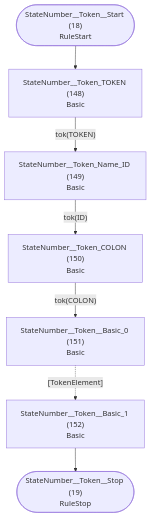
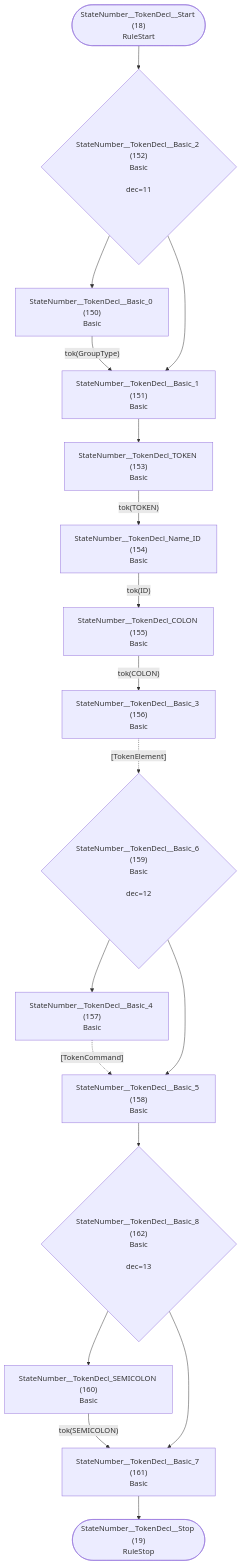
Before and after one commit to TypeFox/fastbelt: the tenth of 33 diagrams in internal/grammar/atn.md, drawn with Mermaid. The commit also changed other lines of this file and 6 other files, not shown here.

````diff
--- a/internal/grammar/atn.md
+++ b/internal/grammar/atn.md
@@ -281,17 +281,36 @@
 ```mermaid
 flowchart TD
-    q18(["StateNumber__Token__Start (18)<br/>RuleStart"])
-    q19(["StateNumber__Token__Stop (19)<br/>RuleStop"])
-    q148["StateNumber__Token_TOKEN (148)<br/>Basic<br/>"]
-    q149["StateNumber__Token_Name_ID (149)<br/>Basic<br/>"]
-    q150["StateNumber__Token_COLON (150)<br/>Basic<br/>"]
-    q151["StateNumber__Token__Basic_0 (151)<br/>Basic<br/>"]
-    q152["StateNumber__Token__Basic_1 (152)<br/>Basic<br/>"]
+    q18(["StateNumber__TokenDecl__Start (18)<br/>RuleStart"])
+    q19(["StateNumber__TokenDecl__Stop (19)<br/>RuleStop"])
+    q150["StateNumber__TokenDecl__Basic_0 (150)<br/>Basic<br/>"]
+    q151["StateNumber__TokenDecl__Basic_1 (151)<br/>Basic<br/>"]
+    q152{"StateNumber__TokenDecl__Basic_2 (152)<br/>Basic<br/><br/>dec=11"}
+    q153["StateNumber__TokenDecl_TOKEN (153)<br/>Basic<br/>"]
+    q154["StateNumber__TokenDecl_Name_ID (154)<br/>Basic<br/>"]
+    q155["StateNumber__TokenDecl_COLON (155)<br/>Basic<br/>"]
+    q156["StateNumber__TokenDecl__Basic_3 (156)<br/>Basic<br/>"]
+    q157["StateNumber__TokenDecl__Basic_4 (157)<br/>Basic<br/>"]
+    q158["StateNumber__TokenDecl__Basic_5 (158)<br/>Basic<br/>"]
+    q159{"StateNumber__TokenDecl__Basic_6 (159)<br/>Basic<br/><br/>dec=12"}
+    q160["StateNumber__TokenDecl_SEMICOLON (160)<br/>Basic<br/>"]
+    q161["StateNumber__TokenDecl__Basic_7 (161)<br/>Basic<br/>"]
+    q162{"StateNumber__TokenDecl__Basic_8 (162)<br/>Basic<br/><br/>dec=13"}
 
-    q18 --> q148
-    q148 -->|"tok(TOKEN)"| q149
-    q149 -->|"tok(ID)"| q150
-    q150 -->|"tok(COLON)"| q151
-    q151 -.->|"[TokenElement]"| q152
-    q152 --> q19
+    q18 --> q152
+    q150 -->|"tok(GroupType)"| q151
+    q151 --> q153
+    q152 --> q150
+    q152 --> q151
+    q153 -->|"tok(TOKEN)"| q154
+    q154 -->|"tok(ID)"| q155
+    q155 -->|"tok(COLON)"| q156
+    q156 -.->|"[TokenElement]"| q159
+    q157 -.->|"[TokenCommand]"| q158
+    q158 --> q162
+    q159 --> q157
+    q159 --> q158
+    q160 -->|"tok(SEMICOLON)"| q161
+    q161 --> q19
+    q162 --> q160
+    q162 --> q161
 ```
````
